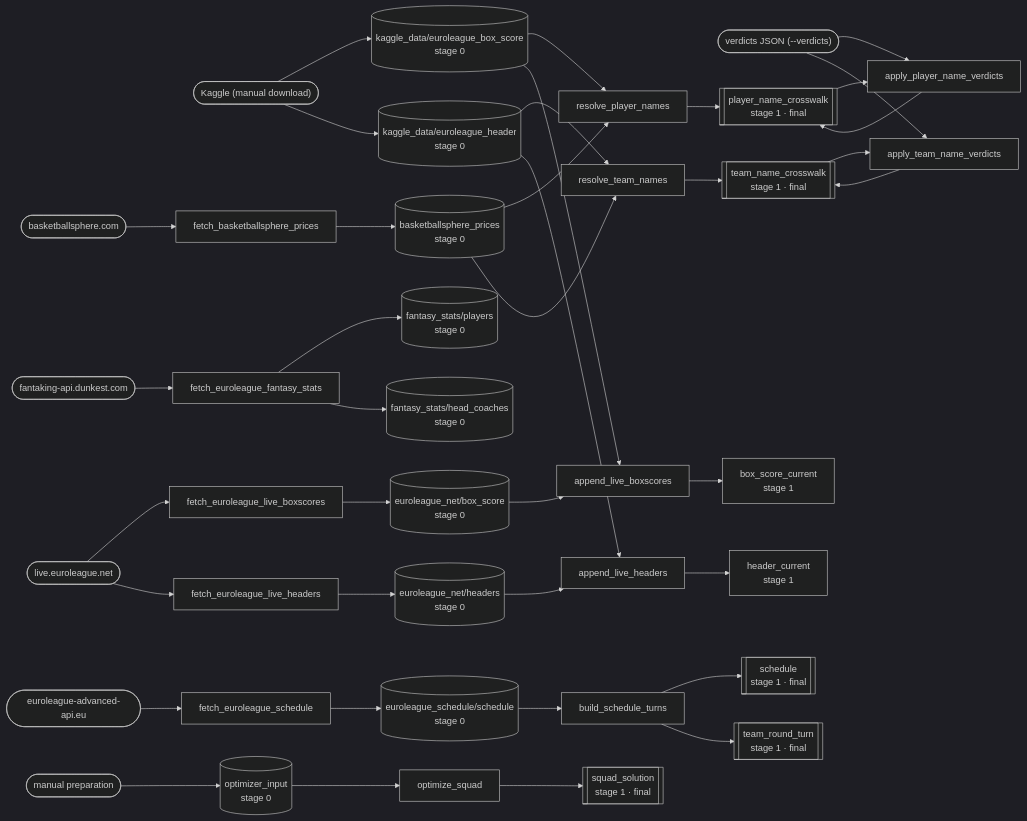
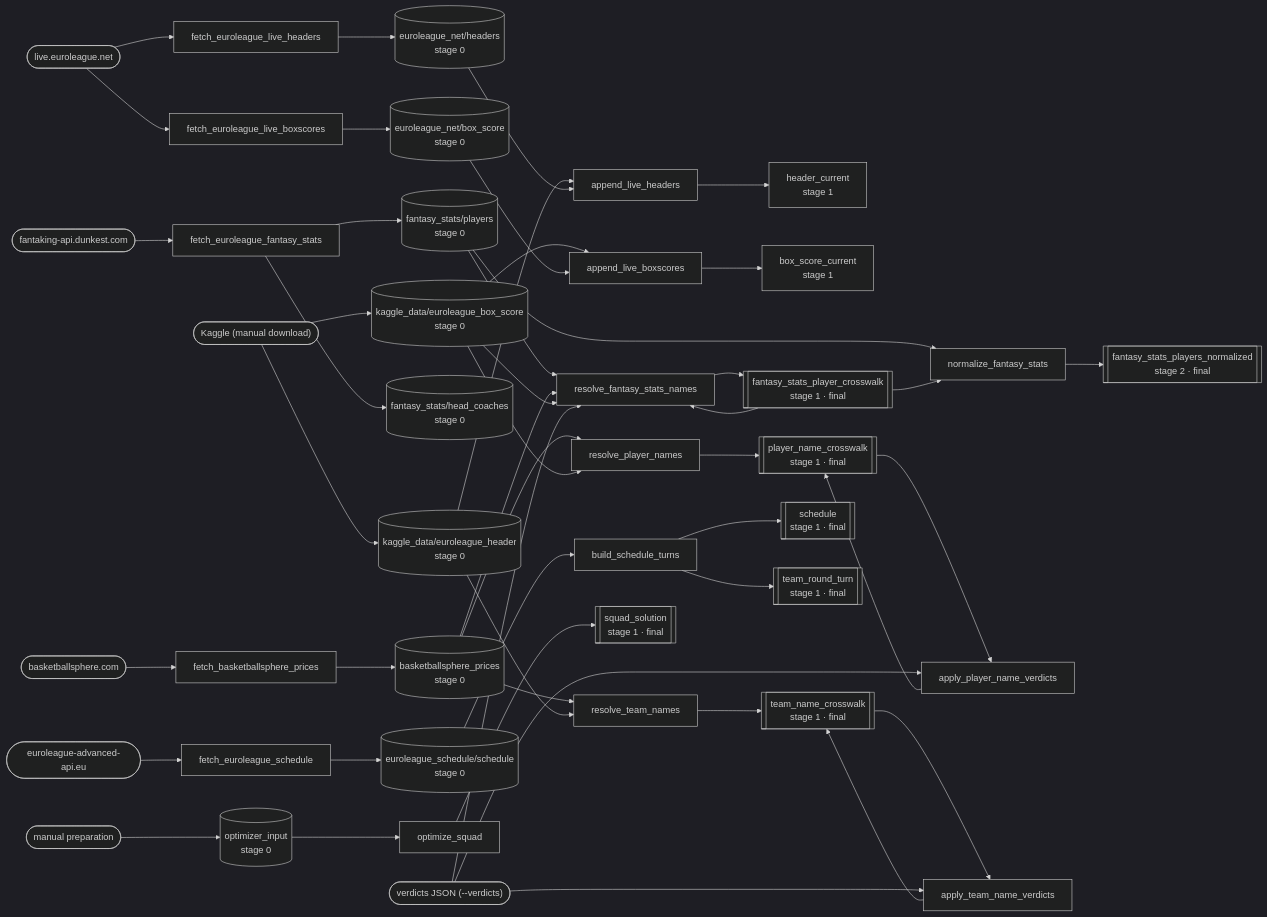
Before and after one commit to Takfes/indie-euroleague: the diagram in docs/data-graph.md, drawn with Mermaid (dark theme). The commit also changed 10 other files, not shown here.

First line of the commit message:
feat(entity): resolve fantasy stats player names and normalize names/roles

```diff
--- a/docs/data-graph.md
+++ b/docs/data-graph.md
@@ -23,6 +23,8 @@
     f_sched["fetch_euroleague_schedule"]
     b_turns["build_schedule_turns"]
     r_p["resolve_player_names"]
+    r_f["resolve_fantasy_stats_names"]
+    n_f["normalize_fantasy_stats"]
     a_p["apply_player_name_verdicts"]
     r_t["resolve_team_names"]
     a_t["apply_team_name_verdicts"]
@@ -46,6 +48,8 @@
     d_bsc["box_score_current<br/>stage 1"]
     d_pxw[["player_name_crosswalk<br/>stage 1 · final"]]
     d_txw[["team_name_crosswalk<br/>stage 1 · final"]]
+    d_fxw[["fantasy_stats_player_crosswalk<br/>stage 1 · final"]]
+    d_fpn[["fantasy_stats_players_normalized<br/>stage 2 · final"]]
     d_sq[["squad_solution<br/>stage 1 · final"]]
     d_sch[["schedule<br/>stage 1 · final"]]
     d_trt[["team_round_turn<br/>stage 1 · final"]]
@@ -69,6 +73,16 @@
     d_pxw --> a_p --> d_pxw
     verdicts --> a_p
 
+    d_players --> r_f
+    d_prices --> r_f
+    d_kbox --> r_f
+    verdicts --> r_f
+    r_f --> d_fxw
+    d_fxw --> r_f
+    d_players --> n_f
+    d_fxw --> n_f
+    n_f --> d_fpn
+
     d_prices --> r_t
     d_khdr --> r_t
     r_t --> d_txw
```
